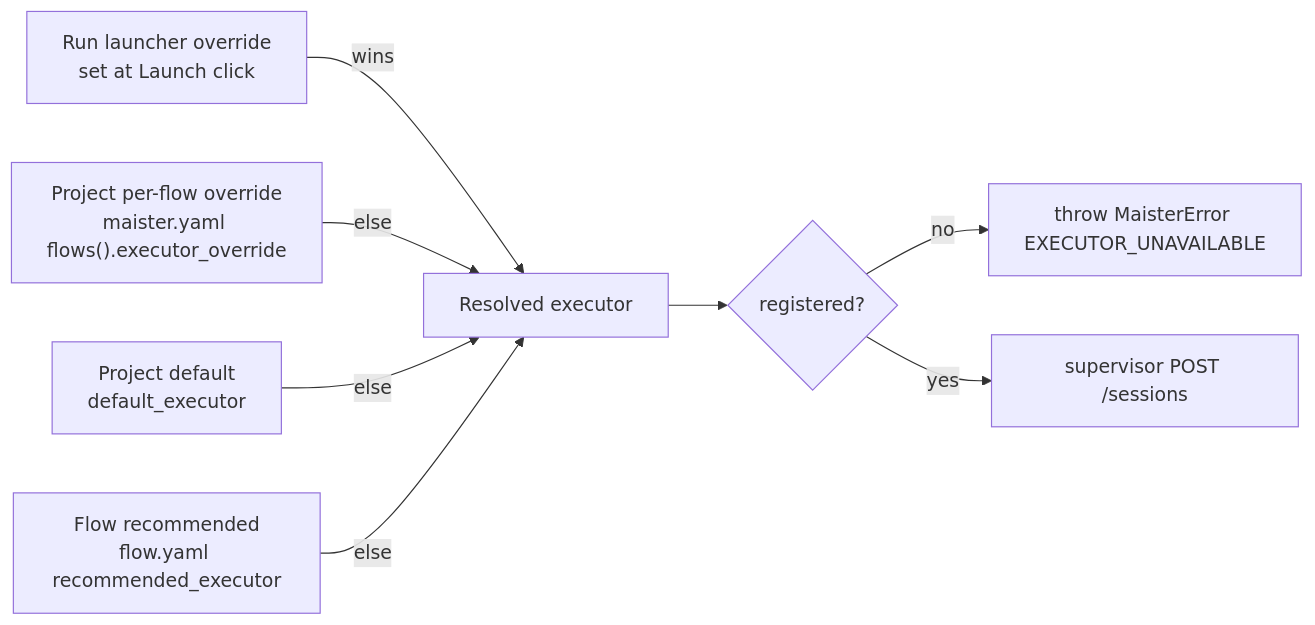
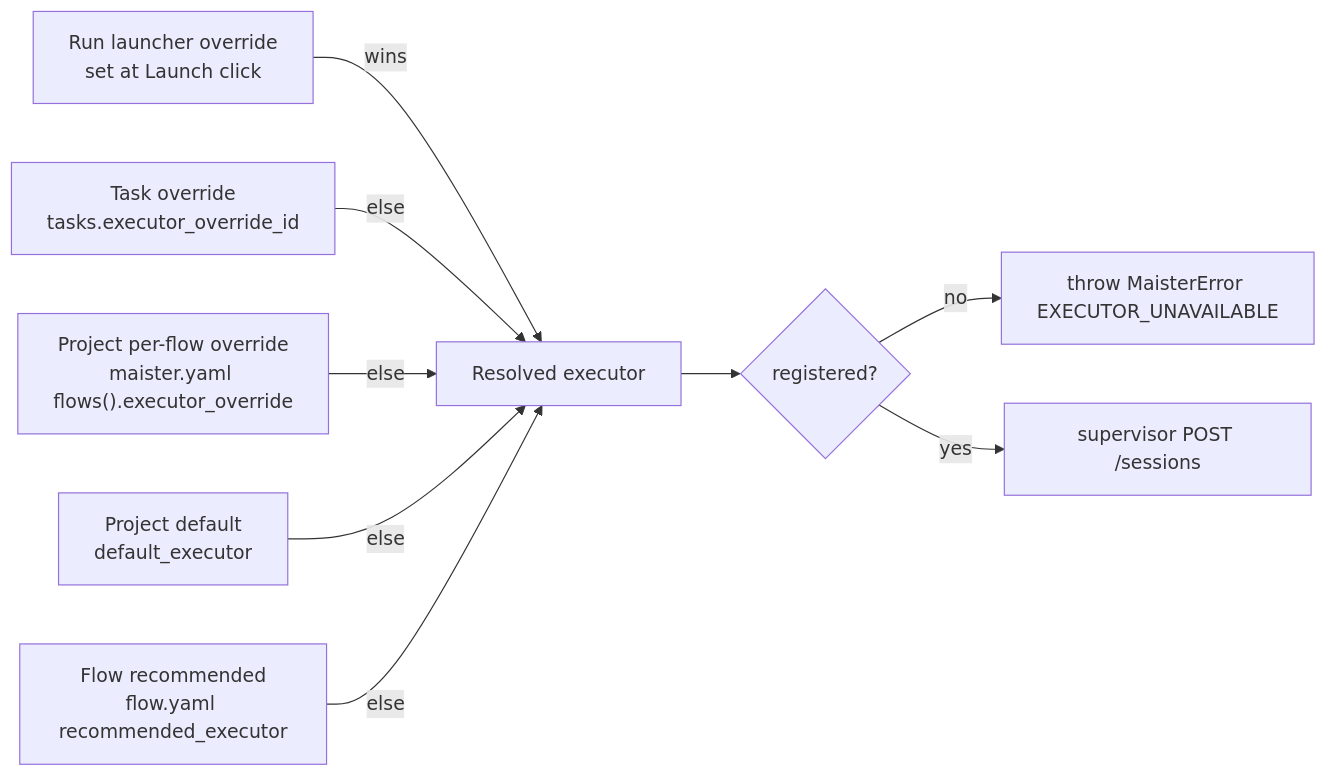
One commit to maister-dev/maister changed the fourth of 4 diagrams in docs/system-analytics/flows.md. Above: the diagram before and after it, drawn with Mermaid. The commit also changed other lines of this file and 46 other files, not shown here.

````diff
--- a/docs/system-analytics/flows.md
+++ b/docs/system-analytics/flows.md
@@ -121,10 +120,11 @@
 ```mermaid
 flowchart LR
     A["Run launcher override<br/>set at Launch click"] -->|wins| Resolved
-    B["Project per-flow override<br/>maister.yaml flows().executor_override"] -->|else| Resolved
-    C["Project default<br/>default_executor"] -->|else| Resolved
-    D["Flow recommended<br/>flow.yaml recommended_executor"] -->|else| Resolved
+    B["Task override<br/>tasks.executor_override_id"] -->|else| Resolved
+    C["Project per-flow override<br/>maister.yaml flows().executor_override"] -->|else| Resolved
+    D["Project default<br/>default_executor"] -->|else| Resolved
+    E["Flow recommended<br/>flow.yaml recommended_executor"] -->|else| Resolved
     Resolved["Resolved executor"] --> Check{registered?}
     Check -- no --> Err["throw MaisterError EXECUTOR_UNAVAILABLE"]
     Check -- yes --> OK["supervisor POST /sessions"]
 ```
````
